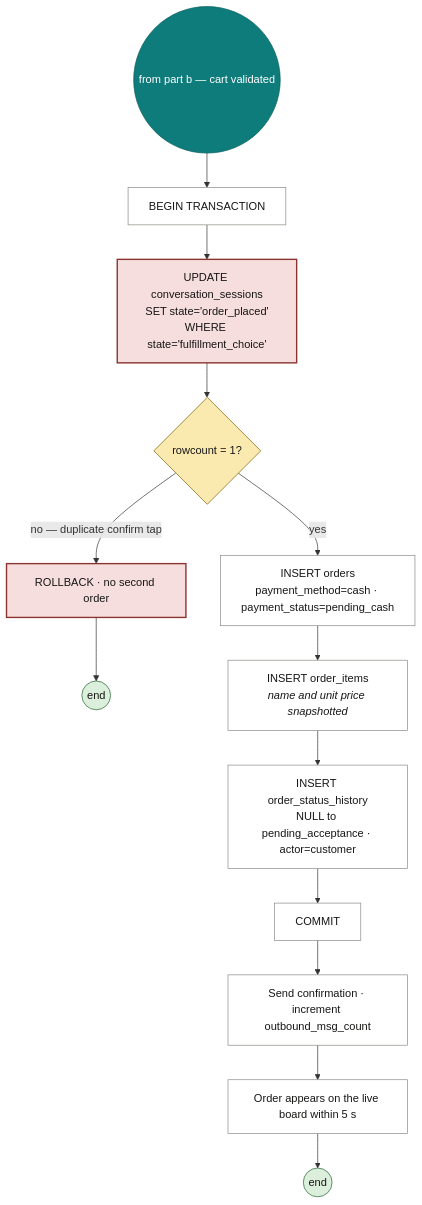
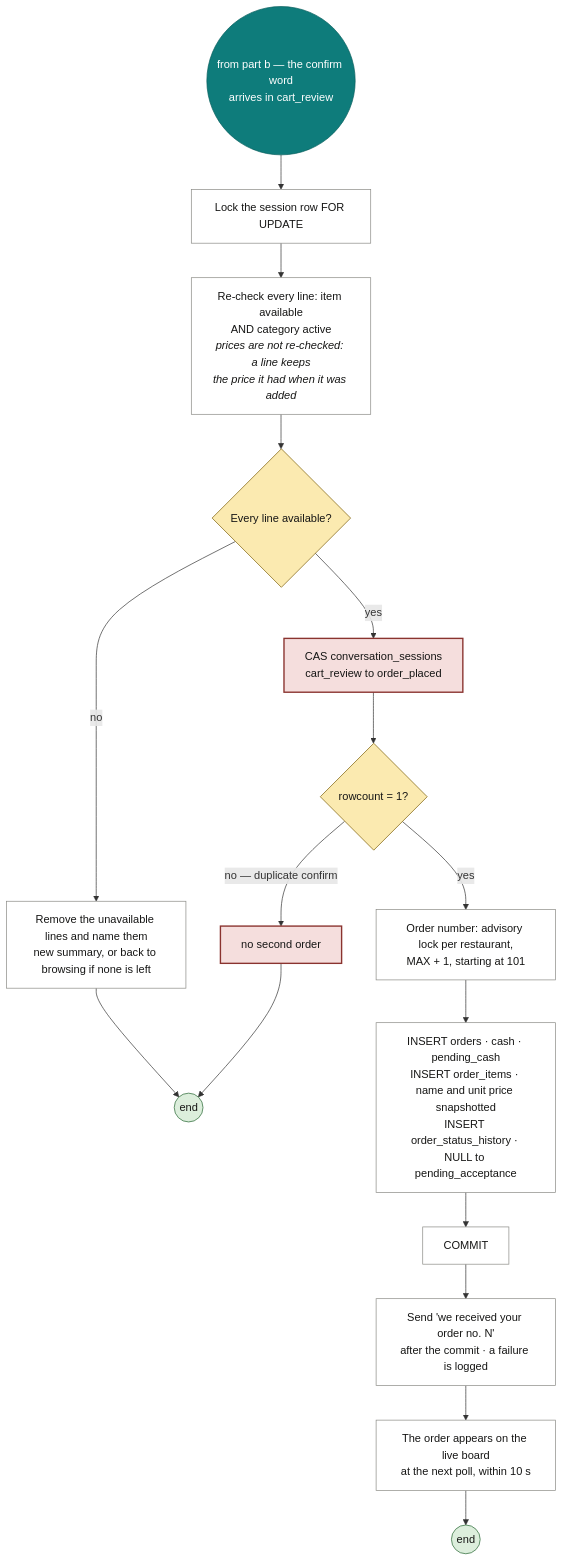
Before and after one commit to mozz-labs/sufria: the diagram in docs/diagrams/09c-activity-cash-commit.mmd, drawn with Mermaid. The commit also changed 36 other files, not shown here.

First line of the commit message:
docs(wip): Chapter 3 v1.2 diagrams — sources updated to the code as built

```diff
--- a/docs/diagrams/09c-activity-cash-commit.mmd
+++ b/docs/diagrams/09c-activity-cash-commit.mmd
@@ -1,18 +1,20 @@
 flowchart TB
     classDef start fill:#0E7C7B,stroke:#0A5F5E,color:#FFFFFF
     classDef act fill:#FFFFFF,stroke:#8A8A85,color:#161615
     classDef dec fill:#FBEAB0,stroke:#7A5C06,color:#161615
     classDef crit fill:#F5DEDD,stroke:#8A332F,stroke-width:2px,color:#161615
     classDef fin fill:#DCEEDC,stroke:#24632F,color:#161615
 
-    S(("from part b — cart validated")):::start --> A10["BEGIN TRANSACTION"]:::act
-    A10 --> A11["UPDATE conversation_sessions<br/>SET state='order_placed'<br/>WHERE state='fulfillment_choice'"]:::crit
-    A11 --> D5{"rowcount = 1?"}:::dec
-    D5 -- "no — duplicate confirm tap" --> E5["ROLLBACK · no second order"]:::crit --> F1(("end")):::fin
-    D5 -- yes --> A12["INSERT orders<br/>payment_method=cash · payment_status=pending_cash"]:::act
-    A12 --> A13["INSERT order_items<br/><i>name and unit price snapshotted</i>"]:::act
-    A13 --> A14["INSERT order_status_history<br/>NULL to pending_acceptance · actor=customer"]:::act
+    S(("from part b — the confirm word<br/>arrives in cart_review")):::start --> A10["Lock the session row FOR UPDATE"]:::act
+    A10 --> A11["Re-check every line: item available<br/>AND category active<br/><i>prices are not re-checked: a line keeps<br/>the price it had when it was added</i>"]:::act
+    A11 --> D4{"Every line available?"}:::dec
+    D4 -- no --> E4["Remove the unavailable lines and name them<br/>new summary, or back to browsing if none is left"]:::act --> F1(("end")):::fin
+    D4 -- yes --> A12["CAS conversation_sessions<br/>cart_review to order_placed"]:::crit
+    A12 --> D5{"rowcount = 1?"}:::dec
+    D5 -- "no — duplicate confirm" --> E5["no second order"]:::crit --> F1
+    D5 -- yes --> A13["Order number: advisory lock per restaurant,<br/>MAX + 1, starting at 101"]:::act
+    A13 --> A14["INSERT orders · cash · pending_cash<br/>INSERT order_items · name and unit price snapshotted<br/>INSERT order_status_history · NULL to pending_acceptance"]:::act
     A14 --> A15["COMMIT"]:::act
-    A15 --> A16["Send confirmation · increment outbound_msg_count"]:::act
-    A16 --> A17["Order appears on the live board within 5 s"]:::act
+    A15 --> A16["Send 'we received your order no. N'<br/>after the commit · a failure is logged"]:::act
+    A16 --> A17["The order appears on the live board<br/>at the next poll, within 10 s"]:::act
     A17 --> F2(("end")):::fin
```
